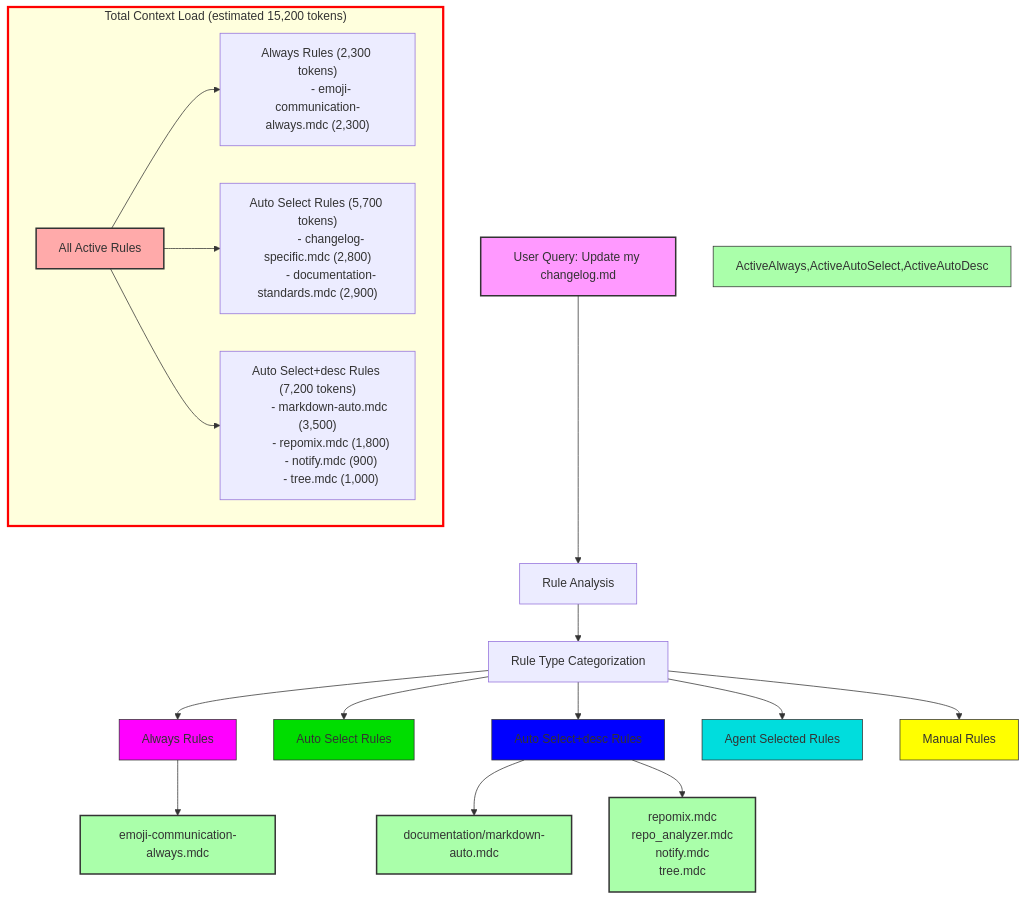
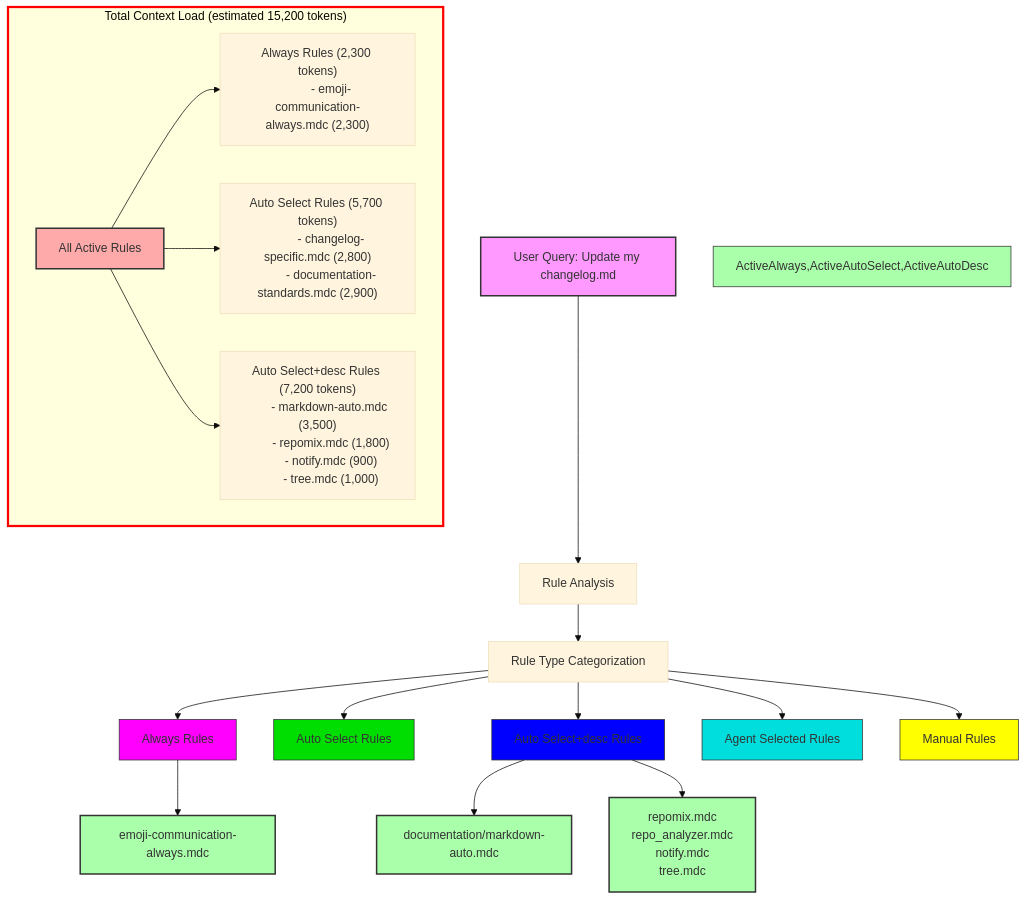
One commit to bossjones/codegen-lab changed the diagram in .cursor/rules/workflows/workflow-rule-visualization-agent-manual.mdc. Above: the diagram before and after it, drawn with Mermaid. The commit also changed other lines of this file, not shown here.

````diff
--- a/.cursor/rules/workflows/workflow-rule-visualization-agent-manual.mdc
+++ b/.cursor/rules/workflows/workflow-rule-visualization-agent-manual.mdc
@@ -128,49 +134,50 @@
 ```mermaid
+%%{init: {'theme': 'base', 'themeVariables': {'fontSize': '16px', 'fontFamily': 'monospace'}}}%%
 flowchart TD
     Query["User Query: Update my changelog.md"] --> Analysis["Rule Analysis"]
 
     Analysis --> RuleTypes["Rule Type Categorization"]
 
     RuleTypes --> Always["Always Rules"]
     RuleTypes --> AutoSelect["Auto Select Rules"]
     RuleTypes --> AutoSelectDesc["Auto Select+desc Rules"]
     RuleTypes --> AgentSelected["Agent Selected Rules"]
     RuleTypes --> Manual["Manual Rules"]
 
     Always --> AlwaysRules["emoji-communication-always.mdc"]
 
     AutoSelectDesc --> MarkdownRules["documentation/markdown-auto.mdc"]
     AutoSelectDesc --> GeneralRules["repomix.mdc
     repo_analyzer.mdc
     notify.mdc
     tree.mdc"]
 
     %% Add context load summary subgraph
     subgraph ContextLoad["Total Context Load (estimated 15,200 tokens)"]
         AllActiveRules["All Active Rules"] --> ActiveAlways["Always Rules (2,300 tokens)
         - emoji-communication-always.mdc (2,300)"]
 
         AllActiveRules --> ActiveAutoSelect["Auto Select Rules (5,700 tokens)
         - changelog-specific.mdc (2,800)
         - documentation-standards.mdc (2,900)"]
 
         AllActiveRules --> ActiveAutoDesc["Auto Select+desc Rules (7,200 tokens)
         - markdown-auto.mdc (3,500)
         - repomix.mdc (1,800)
         - notify.mdc (900)
         - tree.mdc (1,000)"]
     end
 
     style Query fill:#f9f,stroke:#333,stroke-width:2px
     style Always fill:#f0f,stroke:#333,stroke-width:1px
     style AutoSelect fill:#0d0,stroke:#333,stroke-width:1px
     style AutoSelectDesc fill:#00f,stroke:#333,stroke-width:1px
     style AgentSelected fill:#0dd,stroke:#333,stroke-width:1px
     style Manual fill:#ff0,stroke:#333,stroke-width:1px
     style ContextLoad fill:#ffd,stroke:#f00,stroke-width:3px
     style AllActiveRules fill:#faa,stroke:#333,stroke-width:2px
     style ActiveAlways,ActiveAutoSelect,ActiveAutoDesc fill:#afa,stroke:#333,stroke-width:1px
 
     classDef activated fill:#afa,stroke:#333,stroke-width:2px
     class AlwaysRules,MarkdownRules,GeneralRules activated
 ```
````
